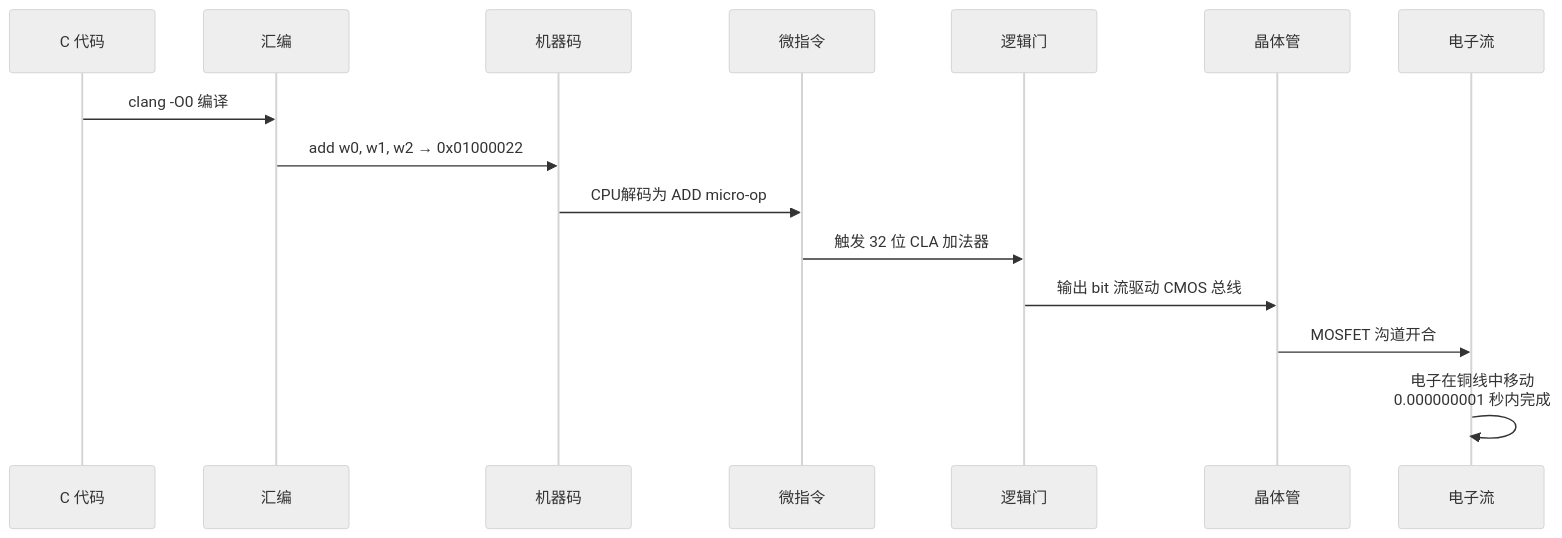
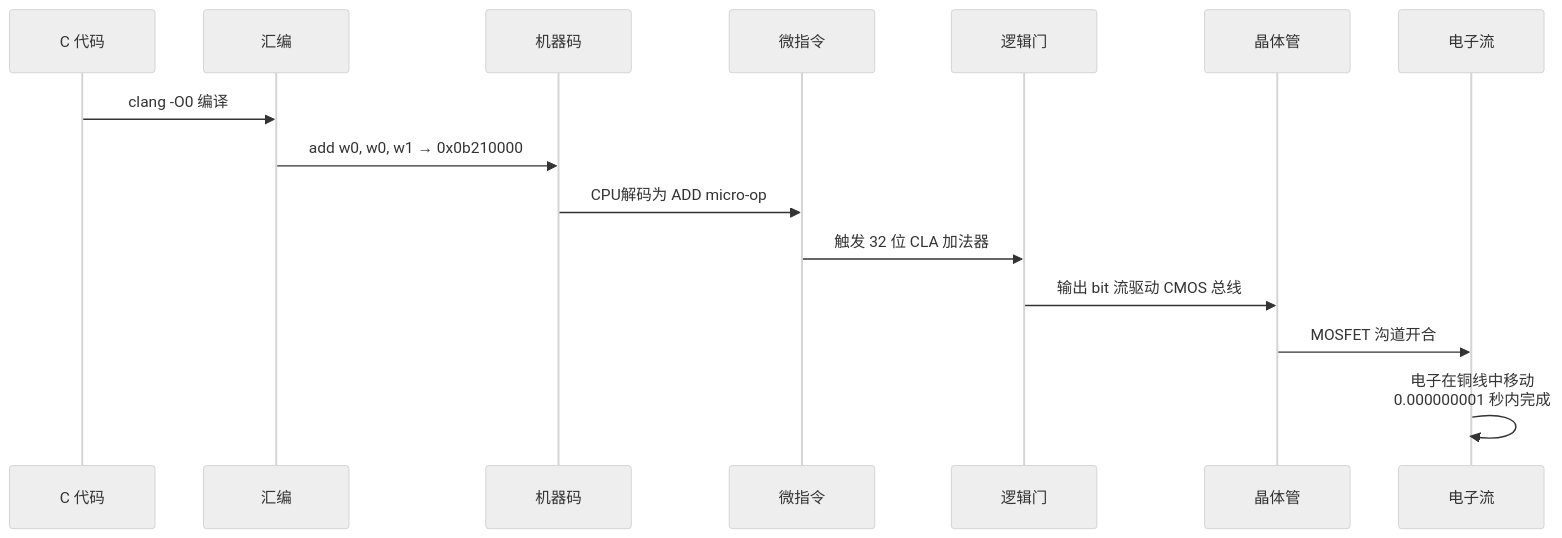
Before and after one commit to zeegoo/xren.ren: the fifth of 5 diagrams in xren/docs/yuanying/16-c-to-transistor.md, drawn with Mermaid (neutral theme). The commit also changed other lines of this file and 216 other files, not shown here.

````diff
--- a/xren/docs/yuanying/16-c-to-transistor.md
+++ b/xren/docs/yuanying/16-c-to-transistor.md
@@ -414,18 +412,18 @@
 ```mermaid
 sequenceDiagram
     participant C as C 代码
     participant ASM as 汇编
     participant MC as 机器码
     participant UOP as 微指令
     participant LG as 逻辑门
     participant TR as 晶体管
     participant EL as 电子流
 
     C->>ASM: clang -O0 编译
-    ASM->>MC: add w0, w1, w2 → 0x01000022
+    ASM->>MC: add w0, w0, w1 → 0x0b210000
     MC->>UOP: CPU解码为 ADD micro-op
     UOP->>LG: 触发 32 位 CLA 加法器
     LG->>TR: 输出 bit 流驱动 CMOS 总线
     TR->>EL: MOSFET 沟道开合
     EL->>EL: 电子在铜线中移动<br/>0.000000001 秒内完成
 ```
````
